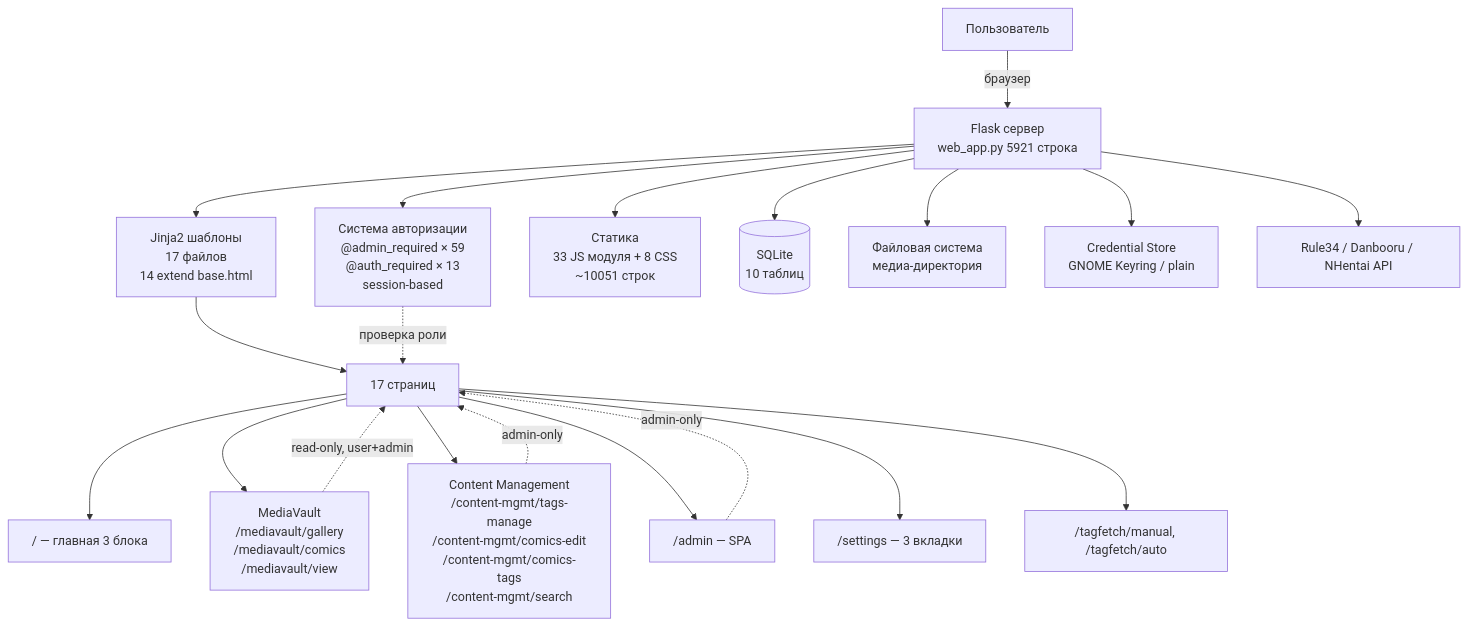
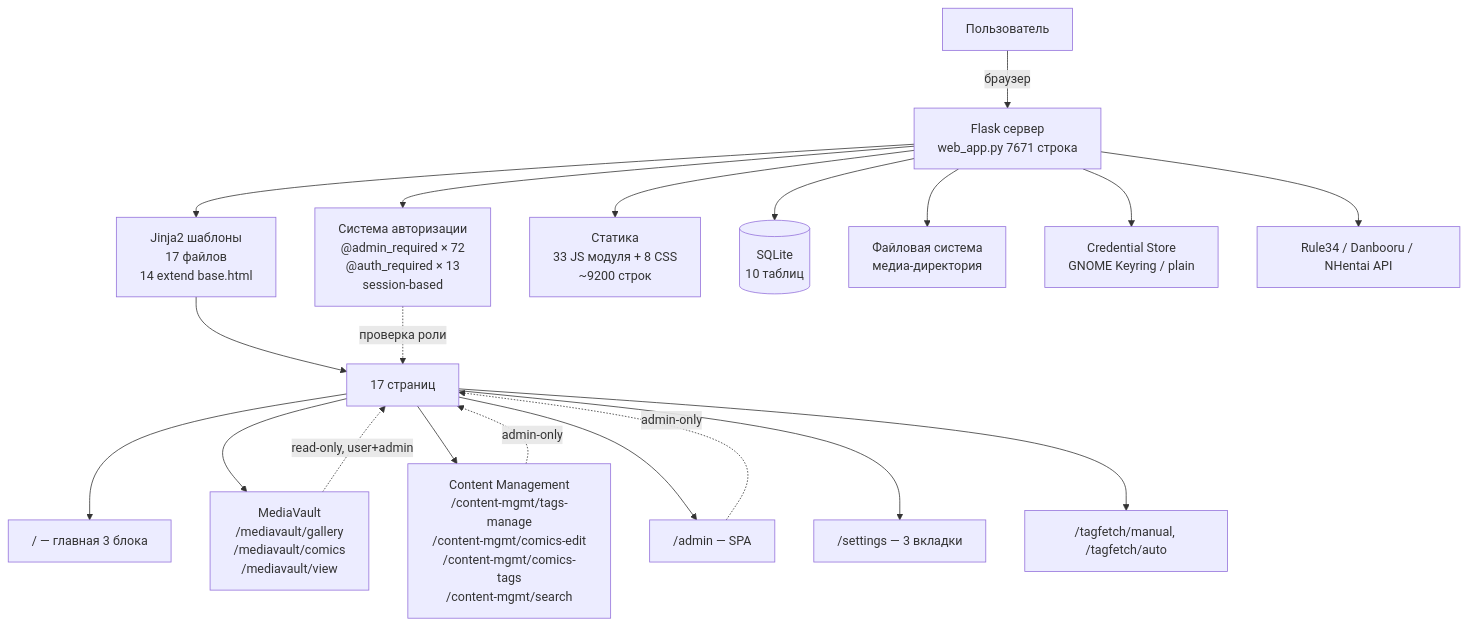
The first of 13 diagrams in docs/code-guide.md (levpr1c/MediaVault), drawn with Mermaid before and after one commit. The commit also changed other lines of this file and 9 other files, not shown here.

````diff
--- a/docs/code-guide.md
+++ b/docs/code-guide.md
@@ -51,26 +53,26 @@
 ```mermaid
 flowchart TD
-    User[Пользователь] -->|браузер| Flask[Flask сервер<br/>web_app.py 5921 строка]
+    User[Пользователь] -->|браузер| Flask[Flask сервер<br/>web_app.py 7671 строка]
     
-    Flask --> Auth[Система авторизации<br/>@admin_required × 59<br/>@auth_required × 13<br/>session-based]
+    Flask --> Auth[Система авторизации<br/>@admin_required × 72<br/>@auth_required × 13<br/>session-based]
     Flask --> Tpl[Jinja2 шаблоны<br/>17 файлов<br/>14 extend base.html]
-    Flask --> Static[Статика<br/>33 JS модуля + 8 CSS<br/>~10051 строк]
+    Flask --> Static[Статика<br/>33 JS модуля + 8 CSS<br/>~9200 строк]
     Flask --> DB[(SQLite<br/>10 таблиц)]
     Flask --> FS[Файловая система<br/>медиа-директория]
     Flask --> Cred[Credential Store<br/>GNOME Keyring / plain]
     Flask --> API[Rule34 / Danbooru / NHentai API]
 
     Tpl --> Pages[17 страниц]
     Pages --> Home["/ — главная 3 блока"]
     Pages --> MV[MediaVault<br/>/mediavault/gallery<br/>/mediavault/comics<br/>/mediavault/view]
     Pages --> CM[Content Management<br/>/content-mgmt/tags-manage<br/>/content-mgmt/comics-edit<br/>/content-mgmt/comics-tags<br/>/content-mgmt/search]
     Pages --> Admin["/admin — SPA"]
     Pages --> Settings["/settings — 3 вкладки"]
     Pages --> TF["/tagfetch/manual, /tagfetch/auto"]
     
     MV -.->|read-only, user+admin| Pages
     CM -.->|admin-only| Pages
     Admin -.->|admin-only| Pages
     
     Auth -.->|проверка роли| Pages
 ```
````
